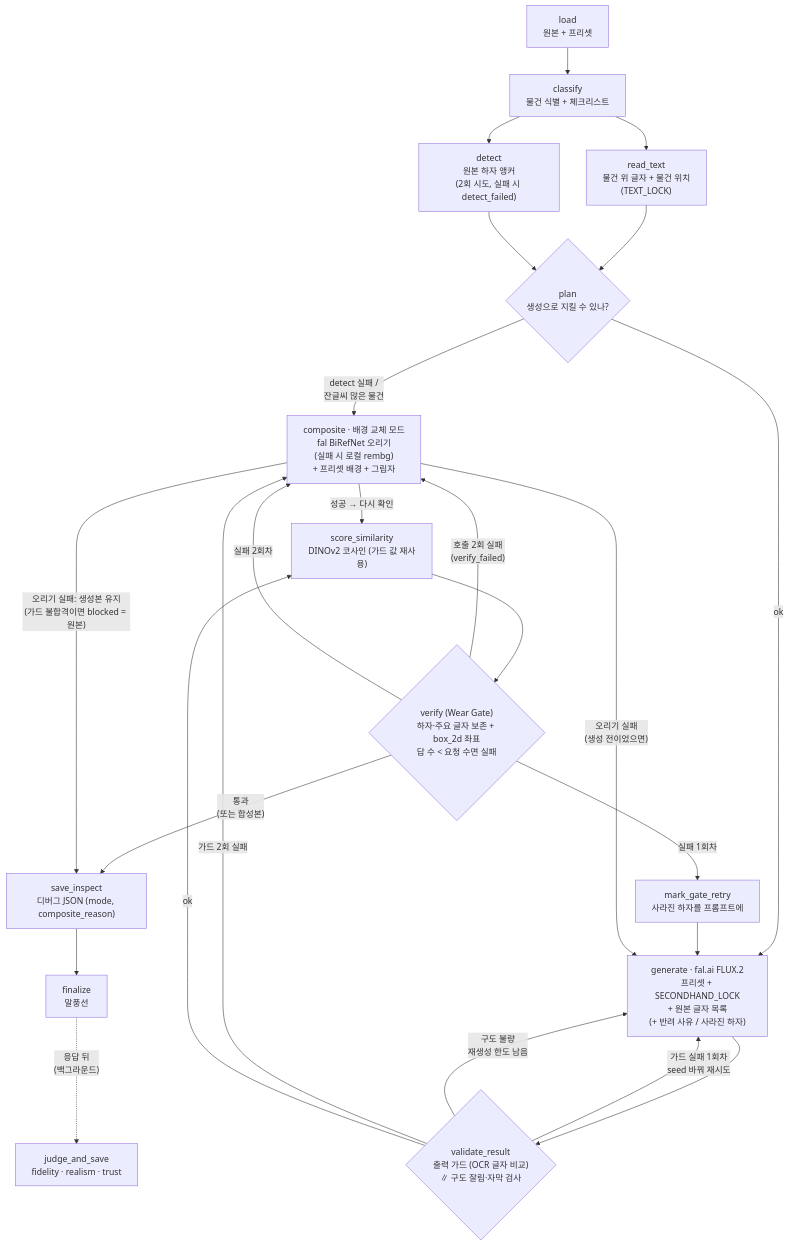
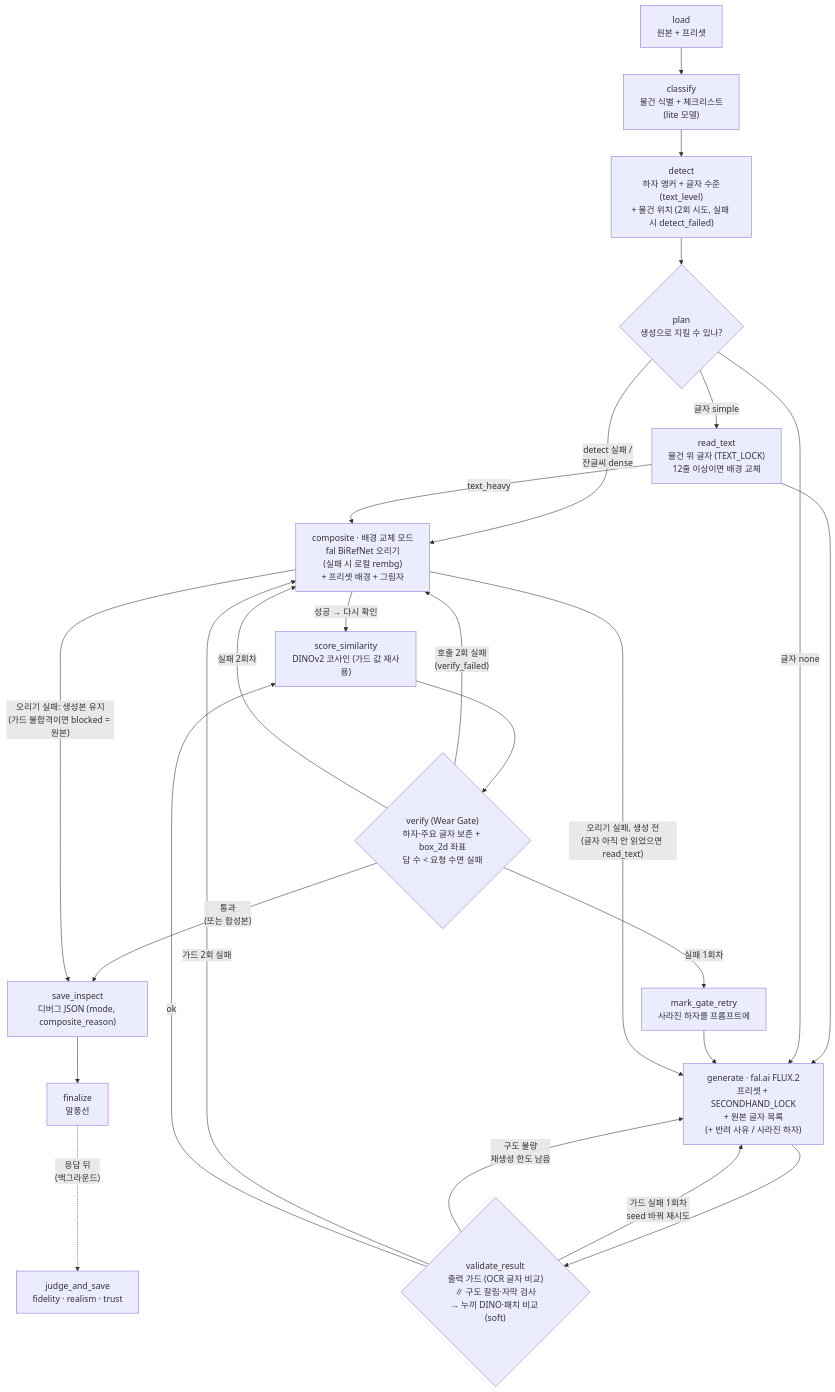
The diagram in Readme.ko.md (cha0620/Carret-App), drawn with Mermaid before and after one commit. The commit also changed other lines of this file and 39 other files, not shown here.

First line of the commit message:
feat: 상품 DINO 가드 + VLM 비용 제어 + text_level 분기 + 기본 모델 3.8-flash

````diff
--- a/Readme.ko.md
+++ b/Readme.ko.md
@@ -32,26 +32,27 @@
 ```mermaid
 flowchart TD
-  L["load<br/>원본 + 프리셋"] --> C["classify<br/>물건 식별 + 체크리스트"]
-  C --> T["read_text<br/>물건 위 글자 + 물건 위치<br/>(TEXT_LOCK)"]
-  C --> D["detect<br/>원본 하자 앵커<br/>(2회 시도, 실패 시 detect_failed)"]
-  T --> P{"plan<br/>생성으로 지킬 수 있나?"}
-  D --> P
-  P -->|"detect 실패 /<br/>잔글씨 많은 물건"| X
-  P -->|ok| G["generate · fal.ai FLUX.2<br/>프리셋 + SECONDHAND_LOCK<br/>+ 원본 글자 목록<br/>(+ 반려 사유 / 사라진 하자)"]
-  G --> V{"validate_result<br/>출력 가드 (OCR 글자 비교)<br/>∥ 구도 잘림·자막 검사"}
+  L["load<br/>원본 + 프리셋"] --> C["classify<br/>물건 식별 + 체크리스트<br/>(lite 모델)"]
+  C --> D["detect<br/>하자 앵커 + 글자 수준(text_level)<br/>+ 물건 위치 (2회 시도, 실패 시 detect_failed)"]
+  D --> P{"plan<br/>생성으로 지킬 수 있나?"}
+  P -->|"detect 실패 /<br/>잔글씨 dense"| X
+  P -->|"글자 simple"| T["read_text<br/>물건 위 글자 (TEXT_LOCK)<br/>12줄 이상이면 배경 교체"]
+  T --> G
+  T -->|text_heavy| X
+  P -->|"글자 none"| G["generate · fal.ai FLUX.2<br/>프리셋 + SECONDHAND_LOCK<br/>+ 원본 글자 목록<br/>(+ 반려 사유 / 사라진 하자)"]
+  G --> V{"validate_result<br/>출력 가드 (OCR 글자 비교)<br/>∥ 구도 잘림·자막 검사<br/>→ 누끼 DINO·패치 비교 (soft)"}
   V -->|"가드 실패 1회차<br/>seed 바꿔 재시도"| G
   V -->|"구도 불량<br/>재생성 한도 남음"| G
   V -->|"가드 2회 실패"| X
   V -->|ok| S["score_similarity<br/>DINOv2 코사인 (가드 값 재사용)"]
   S --> VR{"verify (Wear Gate)<br/>하자·주요 글자 보존 + box_2d 좌표<br/>답 수 &lt; 요청 수면 실패"}
   VR -->|"통과<br/>(또는 합성본)"| I
   VR -->|"실패 1회차"| R["mark_gate_retry<br/>사라진 하자를 프롬프트에"]
   R --> G
   VR -->|"호출 2회 실패<br/>(verify_failed)"| X
   VR -->|"실패 2회차"| X["composite · 배경 교체 모드<br/>fal BiRefNet 오리기<br/>(실패 시 로컬 rembg)<br/>+ 프리셋 배경 + 그림자"]
   X -->|"성공 → 다시 확인"| S
-  X -->|"오리기 실패<br/>(생성 전이었으면)"| G
+  X -->|"오리기 실패, 생성 전<br/>(글자 아직 안 읽었으면 read_text)"| G
   X -->|"오리기 실패: 생성본 유지<br/>(가드 불합격이면 blocked = 원본)"| I
   I["save_inspect<br/>디버그 JSON (mode, composite_reason)"] --> F["finalize<br/>말풍선"]
   F -.->|"응답 뒤<br/>(백그라운드)"| J["judge_and_save<br/>fidelity · realism · trust"]
 ```
````
